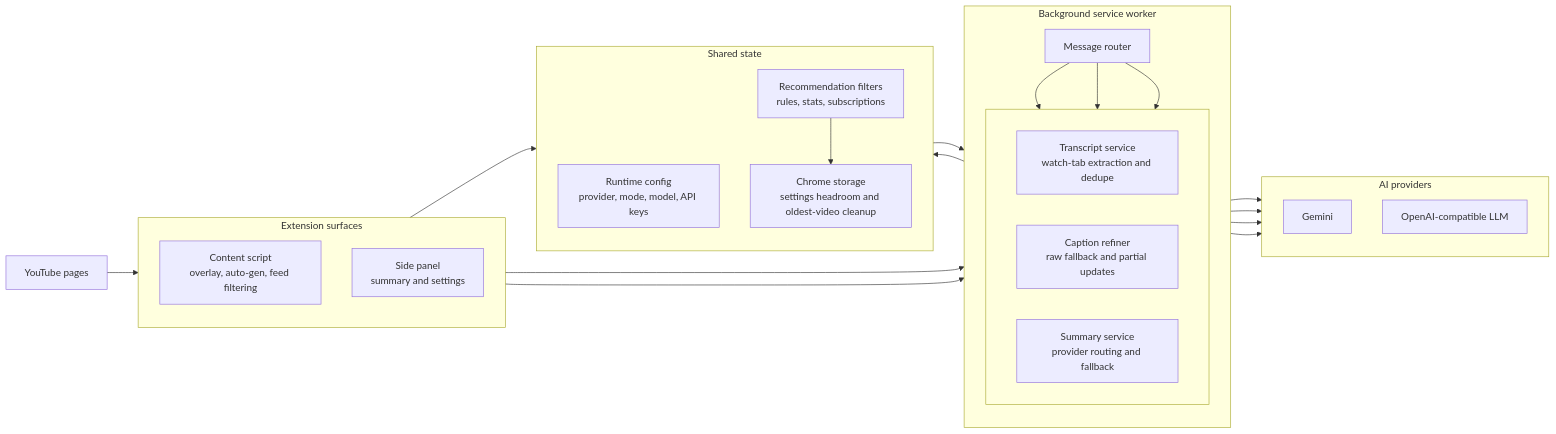
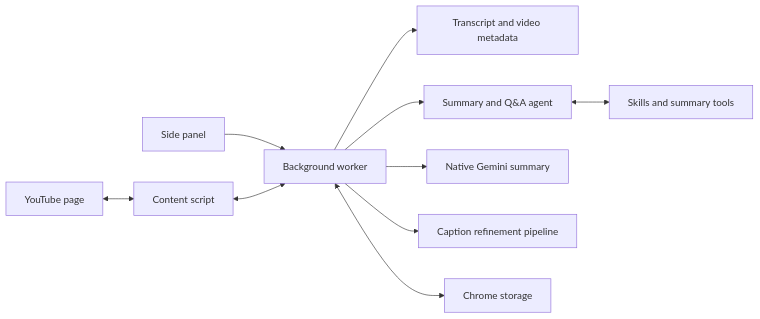
Before and after one commit to teron131/better-youtube: the first of 4 diagrams in README.md, drawn with Mermaid. The commit also changed other lines of this file and 80 other files, not shown here.

Commit message:
Unify video summaries and Q&A around a skill-driven agent and separate backend workflows

````diff
--- a/README.md
+++ b/README.md
@@ -36,53 +33,14 @@
 ```mermaid
 flowchart LR
-    accTitle: Better YouTube extension architecture
-    accDescr: Shows the main extension surfaces, background workflows, shared storage, and AI providers in a clean left-to-right map.
-
-    YT["YouTube pages"]
-
-    subgraph SURFACES["Extension surfaces"]
-        direction TB
-        CS["Content script<br/>overlay, auto-gen, feed filtering"]
-        SP["Side panel<br/>summary and settings"]
-    end
-
-    subgraph WORKER["Background service worker"]
-        direction TB
-        BG["Message router"]
-
-        subgraph SERVICES[" "]
-            direction LR
-            TR["Transcript service<br/>watch-tab extraction and dedupe"]
-            RF["Caption refiner<br/>raw fallback and partial updates"]
-            SR["Summary service<br/>provider routing and fallback"]
-        end
-    end
-
-    subgraph SHARED["Shared state"]
-        direction TB
-        CFG["Runtime config<br/>provider, mode, model, API keys"]
-        RC["Recommendation filters<br/>rules, stats, subscriptions"]
-        ST["Chrome storage<br/>settings headroom and oldest-video cleanup"]
-    end
-
-    subgraph AI["AI providers"]
-        direction TB
-        GM["Gemini"]
-        LLM["OpenAI-compatible LLM"]
-    end
-
-    YT --> CS
-    CS --> BG
-    SP --> BG
-    CFG --> BG
-    CS --> RC
-    RC --> ST
-    BG --> TR
-    BG --> RF
-    BG --> SR
-    BG --> ST
-    RF --> GM
-    RF --> LLM
-    SR --> GM
-    SR --> LLM
+    accTitle: Extension overview
+    accDescr: The side panel and YouTube content script send requests to the background worker, which coordinates video context, AI workflows, and storage.
+    PAGE["YouTube page"] <--> CONTENT["Content script"]
+    PANEL["Side panel"] --> BG["Background worker"]
+    CONTENT <--> BG
+    BG --> CONTEXT["Transcript and video metadata"]
+    BG --> AGENT["Summary and Q&A agent"]
+    BG --> GEMINI["Native Gemini summary"]
+    BG --> CAPTIONS["Caption refinement pipeline"]
+    BG <--> STORAGE["Chrome storage"]
+    AGENT <--> TOOLS["Skills and summary tools"]
 ```
````
